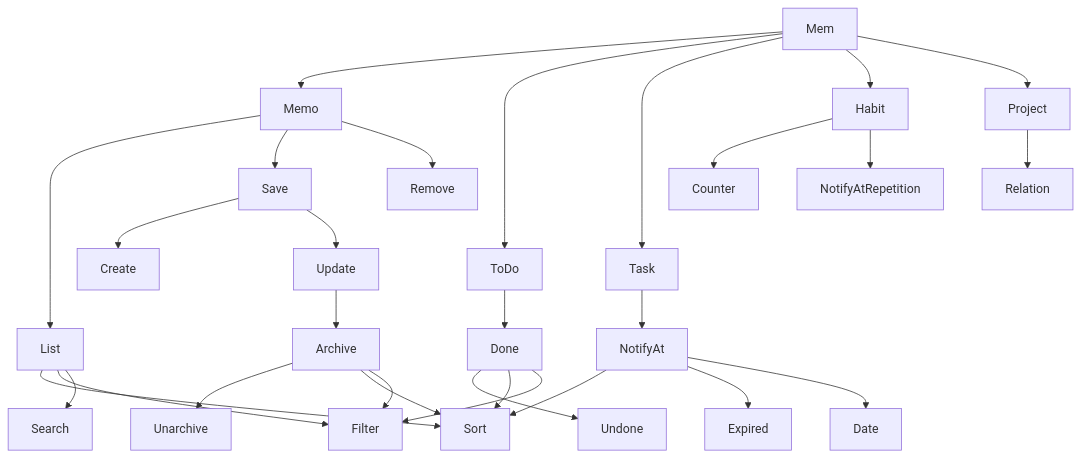
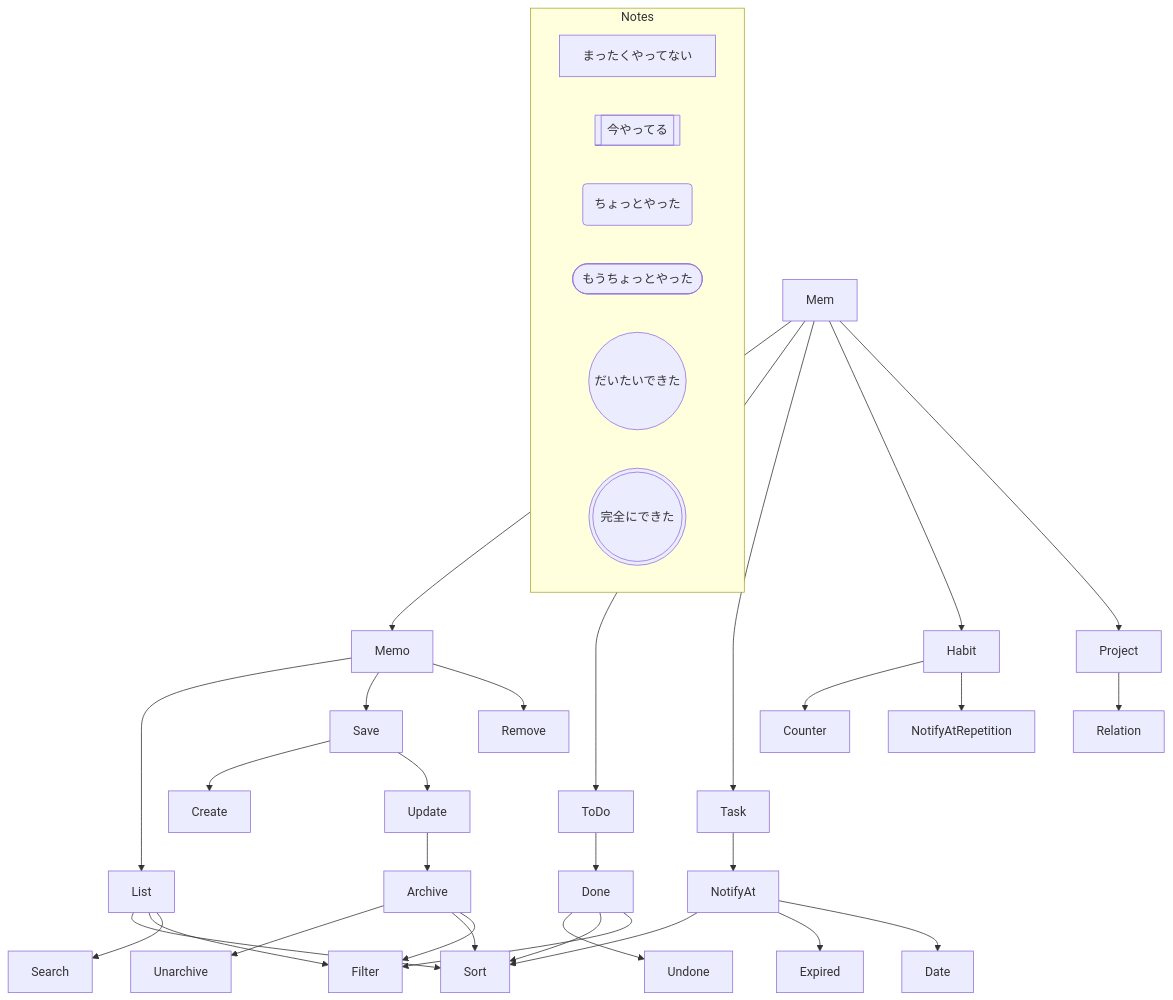
The diagram in docs/load_map.md (zin-/mem), drawn with Mermaid before and after one commit.

Commit message:
add Notes
wip add `load_map.md`

mem-146 ロードマップを考える

````diff
--- a/docs/load_map.md
+++ b/docs/load_map.md
@@ -3,36 +3,45 @@
 ```mermaid
 flowchart TD
     Mem --> Memo
     Mem --> ToDo
     Mem --> Task
     Mem --> Habit
     Mem --> Project
 
     Memo --> List
     Memo --> Save
     Save --> Create
     Save --> Update
     Update --> Archive
     Archive --> Unarchive
     Archive --> Sort
     List --> Sort
     Archive --> Filter
     List --> Filter
     Memo --> Remove
     List --> Search
 
     ToDo --> Done
     Done --> Undone
     Done --> Sort
     Done --> Filter
 
     Task --> NotifyAt
     NotifyAt --> Sort
     NotifyAt --> Expired
     NotifyAt --> Date
 
     Habit --> Counter
     Habit --> NotifyAtRepetition
 
     Project --> Relation
+
+    subgraph Notes
+        まったくやってない
+        e[[今やってる]]
+        c(ちょっとやった)
+        d([もうちょっとやった])
+        a((だいたいできた))
+        b(((完全にできた)))
+    end
 ```
````
